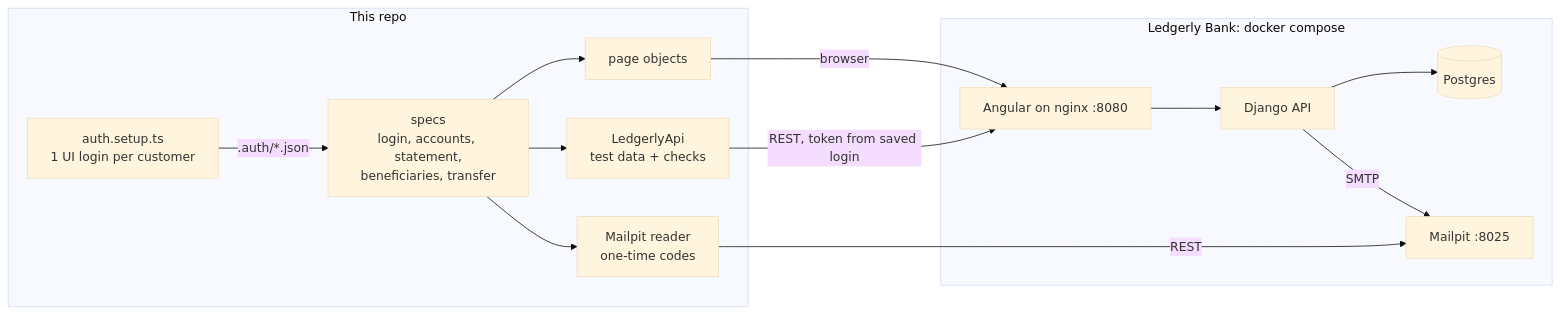
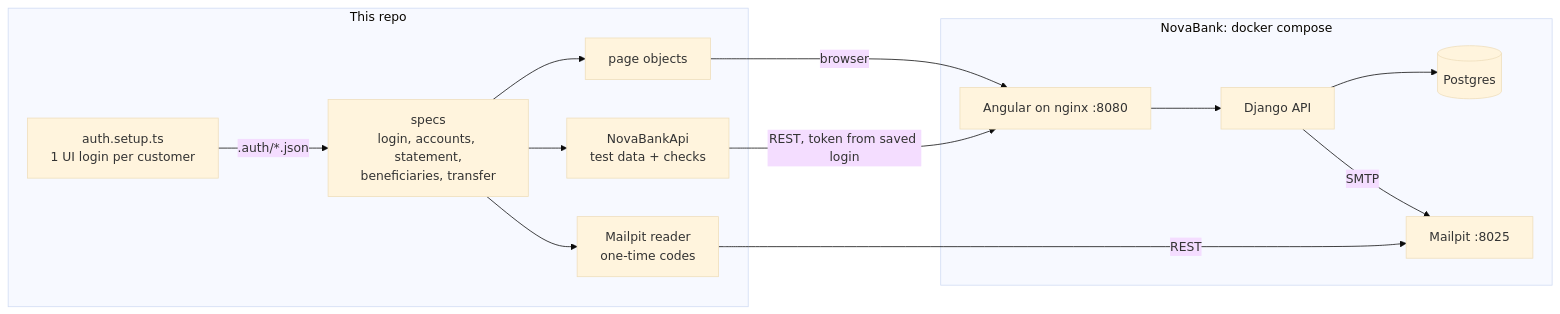
Before and after one commit to HrishiPurandare/playwright-ts-sdet-framework: the diagram in README.md, drawn with Mermaid (base theme). The commit also changed other lines of this file and 14 other files, not shown here.

First line of the commit message:
refactor: target NovaBank (renamed from Ledgerly Bank) v1.1.0

````diff
--- a/README.md
+++ b/README.md
@@ -24,16 +24,16 @@
 ```mermaid
 flowchart LR
   subgraph suite[This repo]
     setup[auth.setup.ts<br/>1 UI login per customer] -->|.auth/*.json| specs[specs<br/>login, accounts, statement,<br/>beneficiaries, transfer]
     specs --> pages[page objects]
-    specs --> api[LedgerlyApi<br/>test data + checks]
+    specs --> api[NovaBankApi<br/>test data + checks]
     specs --> mail[Mailpit reader<br/>one-time codes]
   end
-  subgraph bank[Ledgerly Bank: docker compose]
+  subgraph bank[NovaBank: docker compose]
     web[Angular on nginx :8080] --> django[Django API] --> db[(Postgres)]
     django -->|SMTP| mailpit[Mailpit :8025]
   end
   pages -->|browser| web
   api -->|REST, token from saved login| web
   mail -->|REST| mailpit
 ```
````
